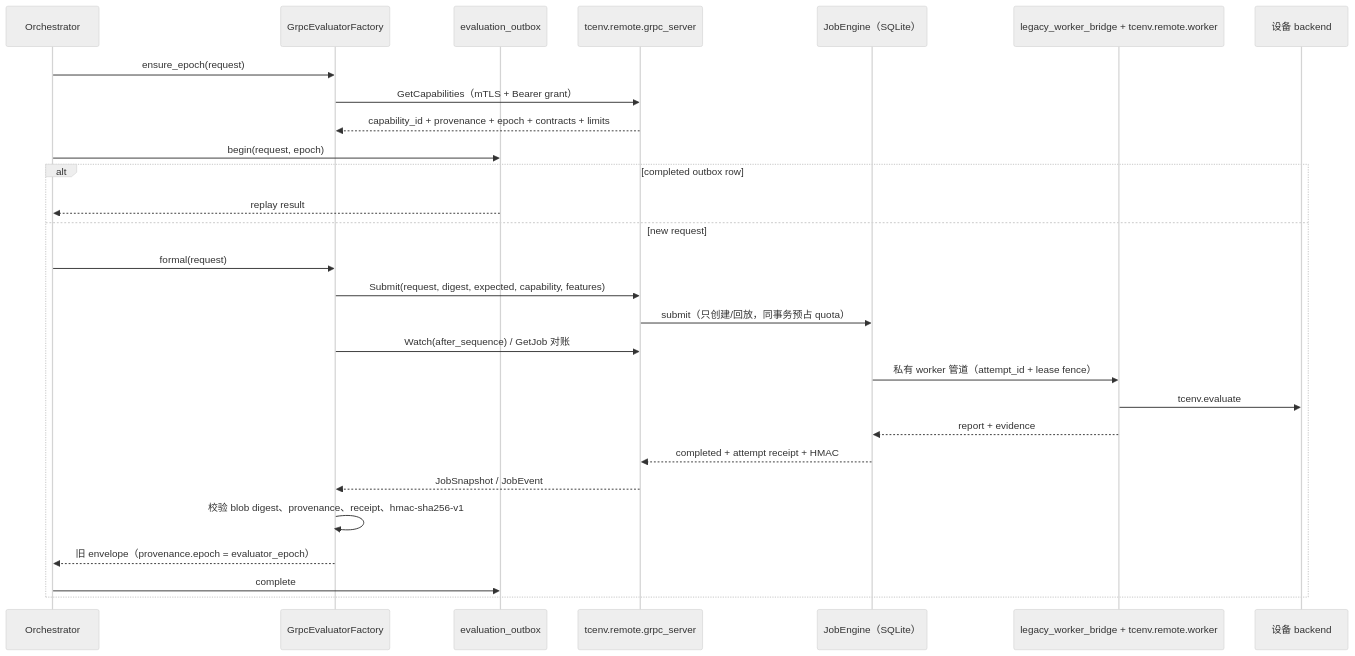
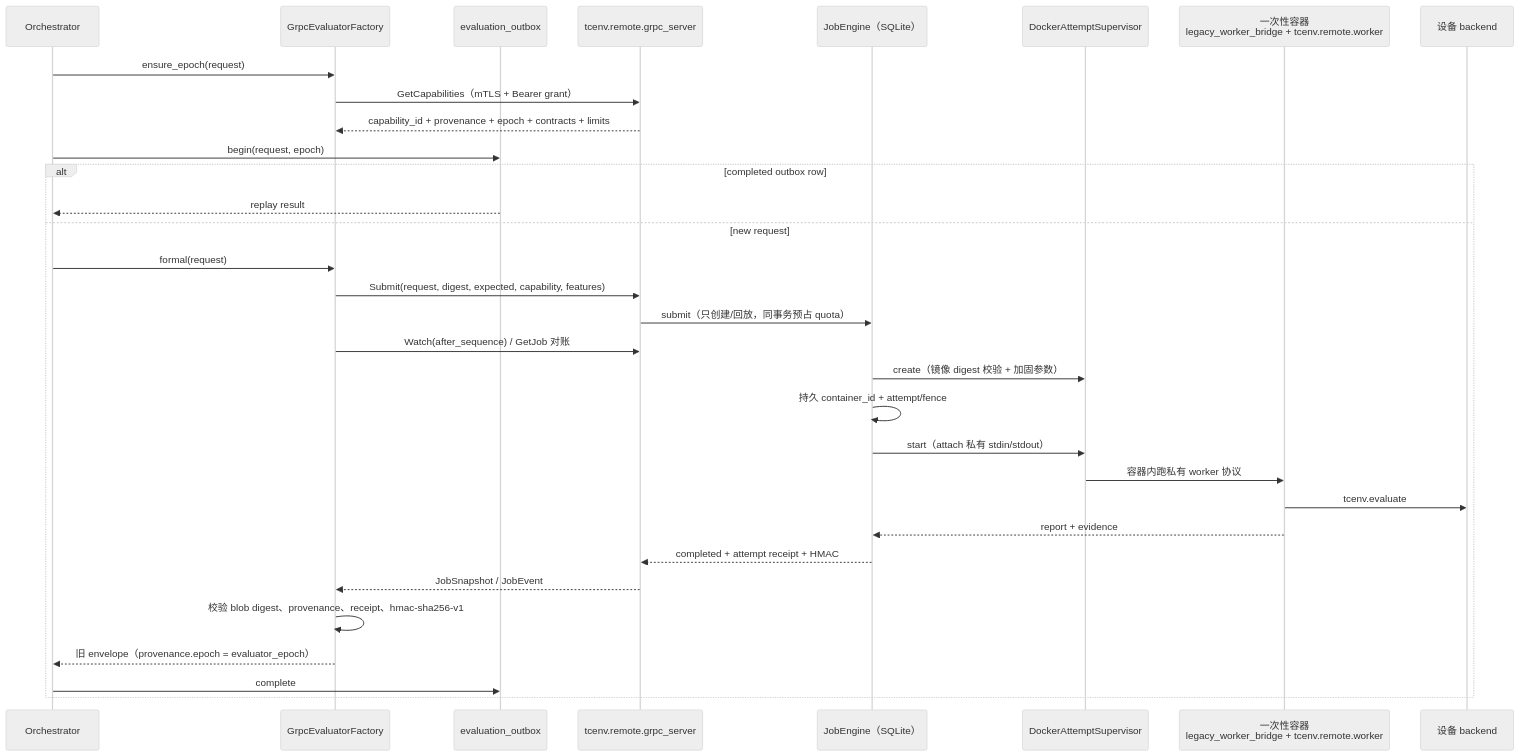
One commit to kuafuwang/ShapeForge changed the fourth of 9 diagrams in docs/架构/执行运行时与设备扩展.md. Above: the diagram before and after it, drawn with Mermaid (neutral theme). The commit also changed other lines of this file and 5 other files, not shown here.

````diff
--- a/docs/架构/执行运行时与设备扩展.md
+++ b/docs/架构/执行运行时与设备扩展.md
@@ -141,31 +141,35 @@
 ```mermaid
 sequenceDiagram
   participant O as Orchestrator
   participant F as GrpcEvaluatorFactory
   participant C as evaluation_outbox
   participant S as tcenv.remote.grpc_server
   participant E as JobEngine（SQLite）
-  participant W as legacy_worker_bridge + tcenv.remote.worker
+  participant V as DockerAttemptSupervisor
+  participant W as 一次性容器<br/>legacy_worker_bridge + tcenv.remote.worker
   participant D as 设备 backend
 
   O->>F: ensure_epoch(request)
   F->>S: GetCapabilities（mTLS + Bearer grant）
   S-->>F: capability_id + provenance + epoch + contracts + limits
   O->>C: begin(request, epoch)
   alt completed outbox row
     C-->>O: replay result
   else new request
     O->>F: formal(request)
     F->>S: Submit(request, digest, expected, capability, features)
     S->>E: submit（只创建/回放，同事务预占 quota）
     F->>S: Watch(after_sequence) / GetJob 对账
-    E->>W: 私有 worker 管道（attempt_id + lease fence）
+    E->>V: create（镜像 digest 校验 + 加固参数）
+    E->>E: 持久 container_id + attempt/fence
+    E->>V: start（attach 私有 stdin/stdout）
+    V->>W: 容器内跑私有 worker 协议
     W->>D: tcenv.evaluate
     W-->>E: report + evidence
     E-->>S: completed + attempt receipt + HMAC
     S-->>F: JobSnapshot / JobEvent
     F->>F: 校验 blob digest、provenance、receipt、hmac-sha256-v1
     F-->>O: 旧 envelope（provenance.epoch = evaluator_epoch）
     O->>C: complete
   end
 ```
````
